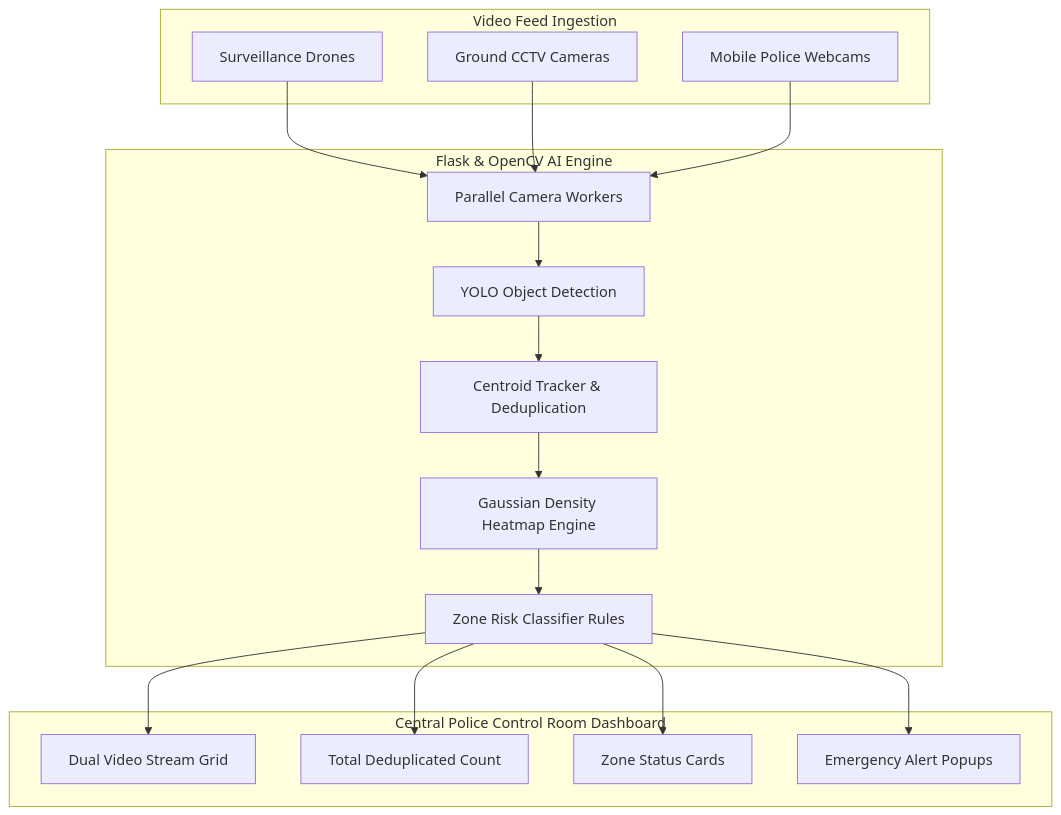
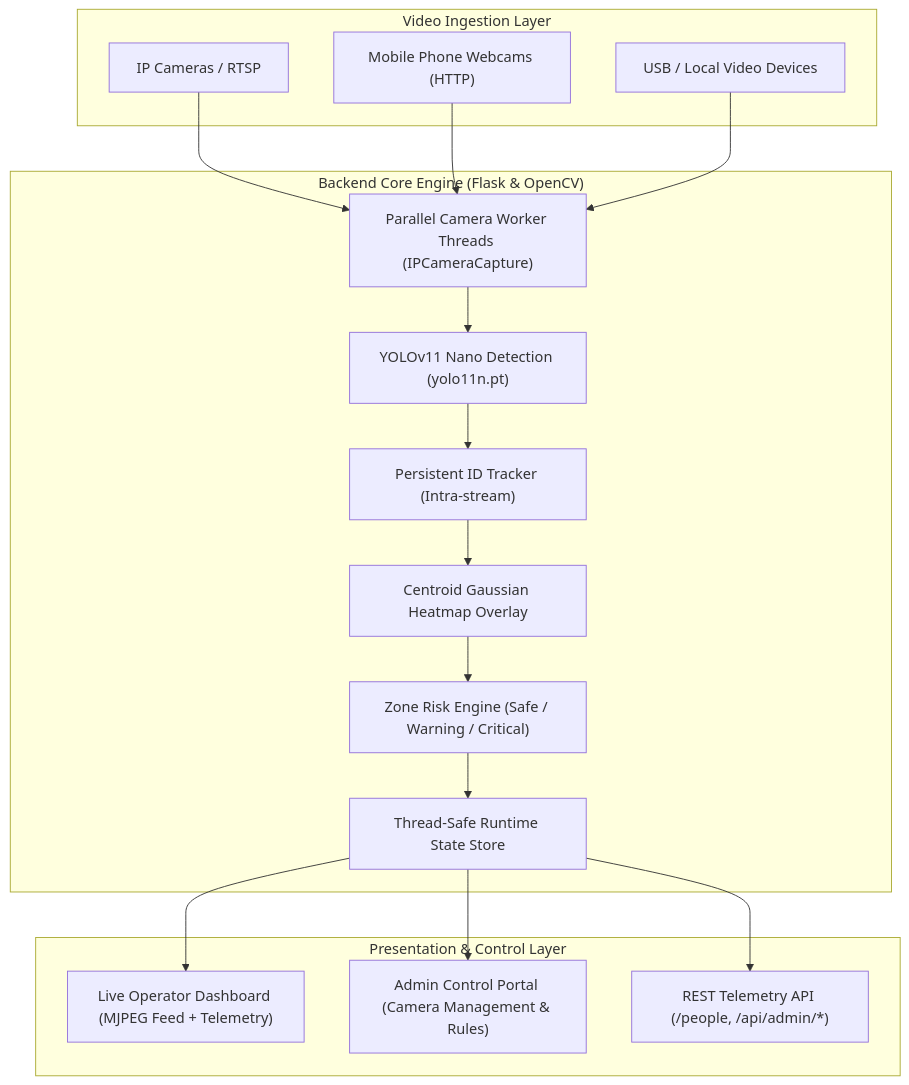
One commit to Chaitu1710/Crowd_Monitoring_System changed the first of 2 diagrams in README.md. Above: the diagram before and after it, drawn with Mermaid. The commit also changed other lines of this file and 1 other file, not shown here.

````diff
--- a/README.md
+++ b/README.md
@@ -47,32 +73,31 @@
 ```mermaid
 flowchart TD
-    subgraph StreamSources["Video Feed Ingestion"]
-        A1["Surveillance Drones"]
-        A2["Ground CCTV Cameras"]
-        A3["Mobile Police Webcams"]
+    subgraph Ingestion["Video Ingestion Layer"]
+        C1["IP Cameras / RTSP"]
+        C2["Mobile Phone Webcams (HTTP)"]
+        C3["USB / Local Video Devices"]
     end
 
-    subgraph BackendEngine["Flask & OpenCV AI Engine"]
-        B1["Parallel Camera Workers"]
-        B2["YOLO Object Detection"]
-        B3["Centroid Tracker & Deduplication"]
-        B4["Gaussian Density Heatmap Engine"]
-        B5["Zone Risk Classifier Rules"]
+    subgraph Processing["Backend Core Engine (Flask & OpenCV)"]
+        W["Parallel Camera Worker Threads (IPCameraCapture)"]
+        Y["YOLOv11 Nano Detection (yolo11n.pt)"]
+        T["Persistent ID Tracker (Intra-stream)"]
+        H["Centroid Gaussian Heatmap Overlay"]
+        R["Zone Risk Engine (Safe / Warning / Critical)"]
+        S["Thread-Safe Runtime State Store"]
     end
 
-    subgraph DashboardUI["Central Police Control Room Dashboard"]
-        C1["Dual Video Stream Grid"]
-        C2["Total Deduplicated Count"]
-        C3["Zone Status Cards"]
-        C4["Emergency Alert Popups"]
+    subgraph Presentation["Presentation & Control Layer"]
+        UI1["Live Operator Dashboard (MJPEG Feed + Telemetry)"]
+        UI2["Admin Control Portal (Camera Management & Rules)"]
+        API["REST Telemetry API (/people, /api/admin/*)"]
     end
 
-    A1 --> B1
-    A2 --> B1
-    A3 --> B1
-    B1 --> B2 --> B3 --> B4 --> B5
-    B5 --> C1
-    B5 --> C2
-    B5 --> C3
-    B5 --> C4
+    C1 --> W
+    C2 --> W
+    C3 --> W
+    W --> Y --> T --> H --> R --> S
+    S --> UI1
+    S --> UI2
+    S --> API
 ```
````
